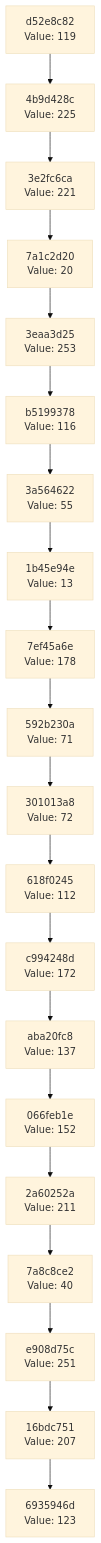
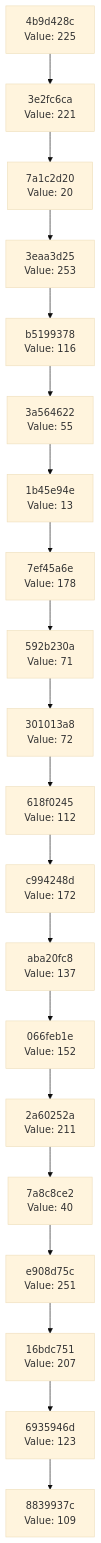
Before and after one commit to Abhisheksinha1506/hash-chain-evolver: the diagram in docs/CHAIN_VISUALIZATION.md, drawn with Mermaid (base theme). The commit also changed 2 other files, not shown here.

Commit message:
Evolution Step

````diff
--- a/docs/CHAIN_VISUALIZATION.md
+++ b/docs/CHAIN_VISUALIZATION.md
@@ -3,42 +3,42 @@
 ```mermaid
 graph TD
-    C0["6935946d<br/>Value: 123"]
-    C1["16bdc751<br/>Value: 207"]
+    C0["8839937c<br/>Value: 109"]
+    C1["6935946d<br/>Value: 123"]
     C1 --> C0
-    C2["e908d75c<br/>Value: 251"]
+    C2["16bdc751<br/>Value: 207"]
     C2 --> C1
-    C3["7a8c8ce2<br/>Value: 40"]
+    C3["e908d75c<br/>Value: 251"]
     C3 --> C2
-    C4["2a60252a<br/>Value: 211"]
+    C4["7a8c8ce2<br/>Value: 40"]
     C4 --> C3
-    C5["066feb1e<br/>Value: 152"]
+    C5["2a60252a<br/>Value: 211"]
     C5 --> C4
-    C6["aba20fc8<br/>Value: 137"]
+    C6["066feb1e<br/>Value: 152"]
     C6 --> C5
-    C7["c994248d<br/>Value: 172"]
+    C7["aba20fc8<br/>Value: 137"]
     C7 --> C6
-    C8["618f0245<br/>Value: 112"]
+    C8["c994248d<br/>Value: 172"]
     C8 --> C7
-    C9["301013a8<br/>Value: 72"]
+    C9["618f0245<br/>Value: 112"]
     C9 --> C8
-    C10["592b230a<br/>Value: 71"]
+    C10["301013a8<br/>Value: 72"]
     C10 --> C9
-    C11["7ef45a6e<br/>Value: 178"]
+    C11["592b230a<br/>Value: 71"]
     C11 --> C10
-    C12["1b45e94e<br/>Value: 13"]
+    C12["7ef45a6e<br/>Value: 178"]
     C12 --> C11
-    C13["3a564622<br/>Value: 55"]
+    C13["1b45e94e<br/>Value: 13"]
     C13 --> C12
-    C14["b5199378<br/>Value: 116"]
+    C14["3a564622<br/>Value: 55"]
     C14 --> C13
-    C15["3eaa3d25<br/>Value: 253"]
+    C15["b5199378<br/>Value: 116"]
     C15 --> C14
-    C16["7a1c2d20<br/>Value: 20"]
+    C16["3eaa3d25<br/>Value: 253"]
     C16 --> C15
-    C17["3e2fc6ca<br/>Value: 221"]
+    C17["7a1c2d20<br/>Value: 20"]
     C17 --> C16
-    C18["4b9d428c<br/>Value: 225"]
+    C18["3e2fc6ca<br/>Value: 221"]
     C18 --> C17
-    C19["d52e8c82<br/>Value: 119"]
+    C19["4b9d428c<br/>Value: 225"]
     C19 --> C18
 ```
````
